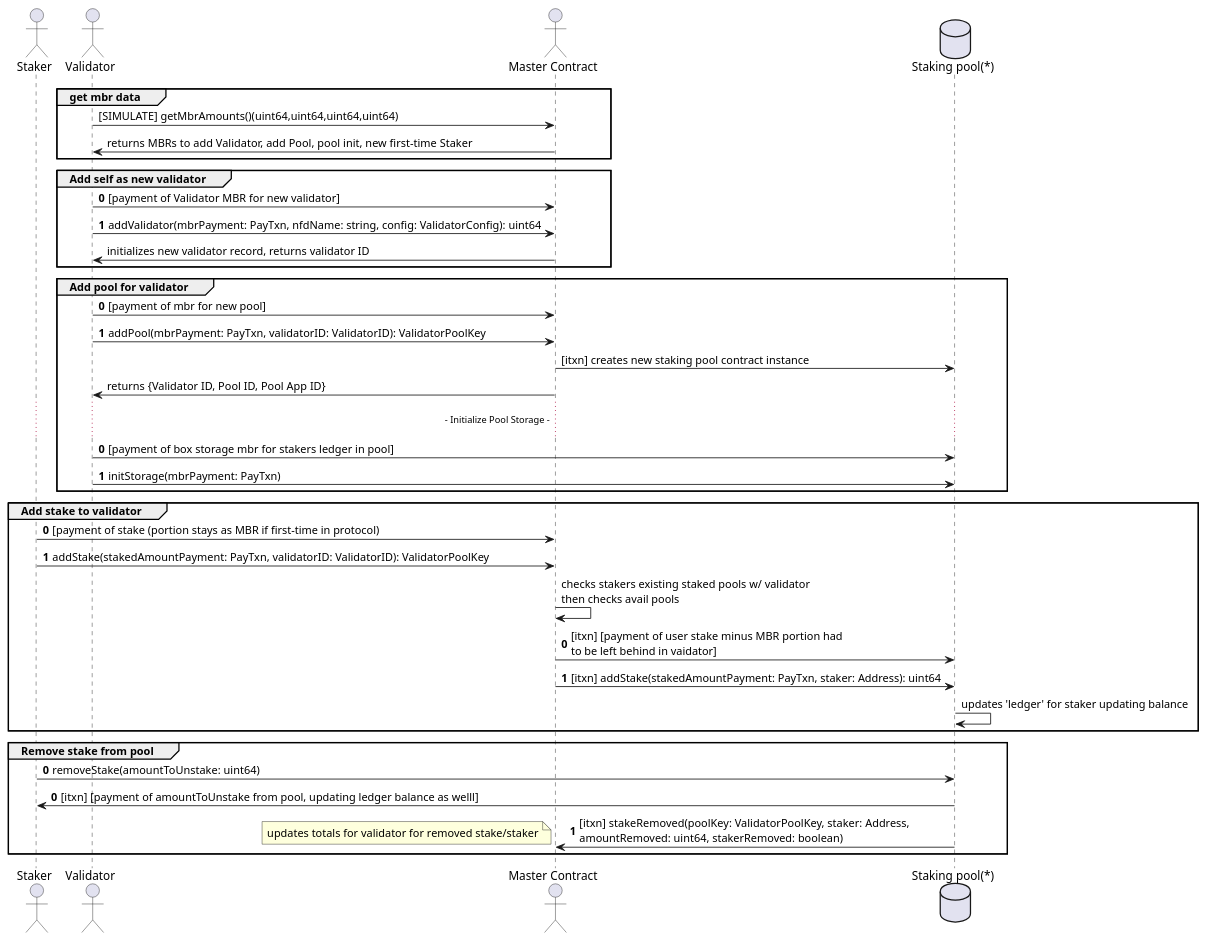
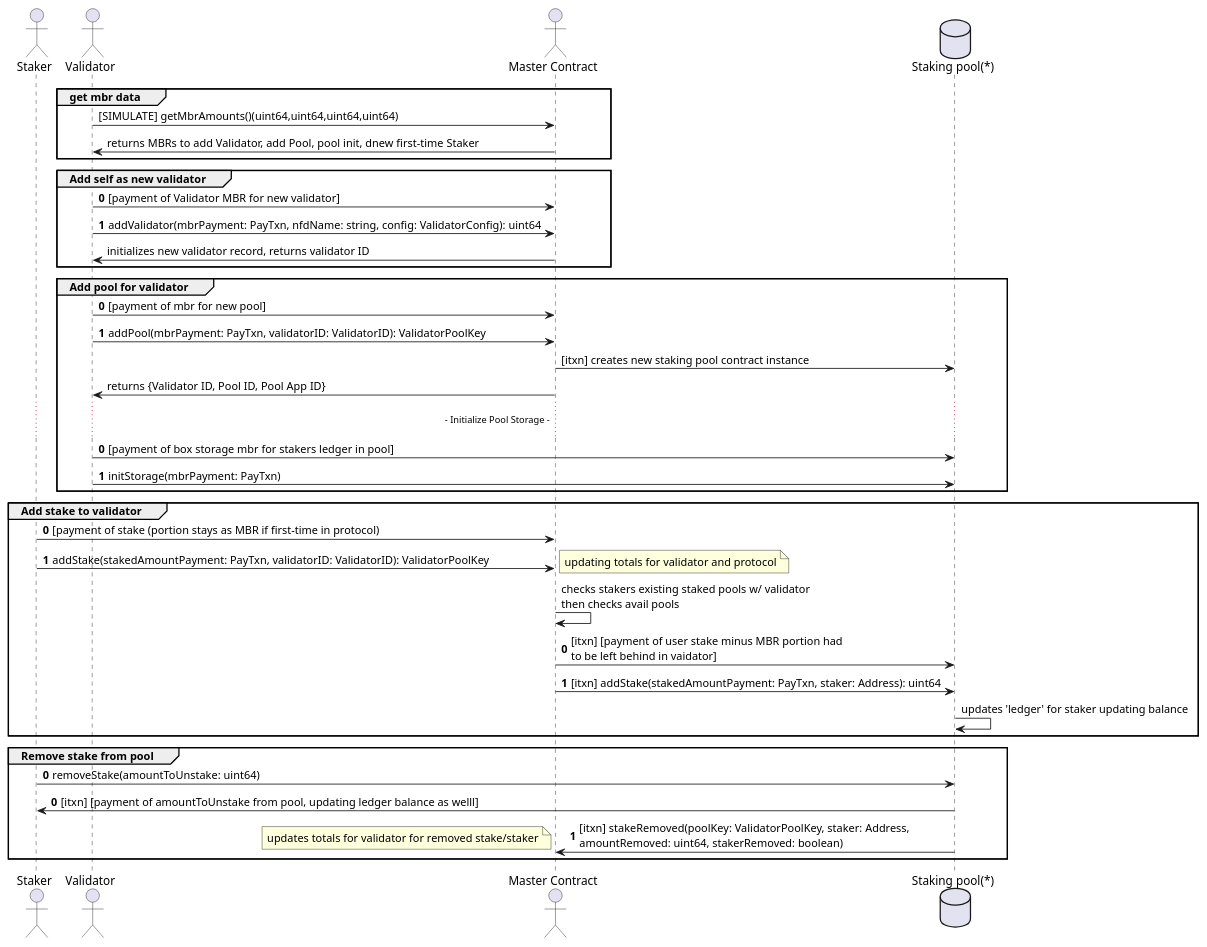
Before and after one commit to TxnLab/reti: the diagram in docs/diagrams/validator.puml, drawn with PlantUML. The commit also changed 20 other files, not shown here.

```diff
--- a/docs/diagrams/validator.puml
+++ b/docs/diagrams/validator.puml
@@ -1,50 +1,51 @@
 @startuml
 actor "Staker" as staker
 actor "Validator" as validator
 actor "Master Contract" as master
 database "Staking pool(*)" as pool
 group get mbr data
 validator -> master: [SIMULATE] getMbrAmounts()(uint64,uint64,uint64,uint64)
-master->validator: returns MBRs to add Validator, add Pool, pool init, new first-time Staker
+master->validator: returns MBRs to add Validator, add Pool, pool init, dnew first-time Staker
 end
 group Add self as new validator
 autonumber 0
 validator -> master: [payment of Validator MBR for new validator]
 validator -> master: addValidator(mbrPayment: PayTxn, nfdName: string, config: ValidatorConfig): uint64
 autonumber stop
 master -> validator: initializes new validator record, returns validator ID
 end
 group Add pool for validator
 autonumber 0
 validator -> master: [payment of mbr for new pool]
 validator -> master: addPool(mbrPayment: PayTxn, validatorID: ValidatorID): ValidatorPoolKey
 autonumber stop
 master -> pool: [itxn] creates new staking pool contract instance
 master -> validator: returns {Validator ID, Pool ID, Pool App ID}
 ...  - Initialize Pool Storage - ...
 autonumber 0
 validator -> pool: [payment of box storage mbr for stakers ledger in pool]
 validator -> pool: initStorage(mbrPayment: PayTxn)
 autonumber stop
 end
 group Add stake to validator
 autonumber 0
 staker -> master: [payment of stake (portion stays as MBR if first-time in protocol)
 staker -> master:  addStake(stakedAmountPayment: PayTxn, validatorID: ValidatorID): ValidatorPoolKey
+note right: updating totals for validator and protocol
 autonumber stop
 master -> master: checks stakers existing staked pools w/ validator\nthen checks avail pools
 autonumber 0
 master -> pool: [itxn] [payment of user stake minus MBR portion had\nto be left behind in vaidator]
 master -> pool: [itxn] addStake(stakedAmountPayment: PayTxn, staker: Address): uint64
 autonumber stop
 pool -> pool: updates 'ledger' for staker updating balance
 end
 group Remove stake from pool
 autonumber 0
 staker -> pool: removeStake(amountToUnstake: uint64)
 autonumber 0
 pool -> staker: [itxn] [payment of amountToUnstake from pool, updating ledger balance as welll]
 pool -> master: [itxn] stakeRemoved(poolKey: ValidatorPoolKey, staker: Address,\namountRemoved: uint64, stakerRemoved: boolean)
 note left: updates totals for validator for removed stake/staker
 end
 @enduml
```
